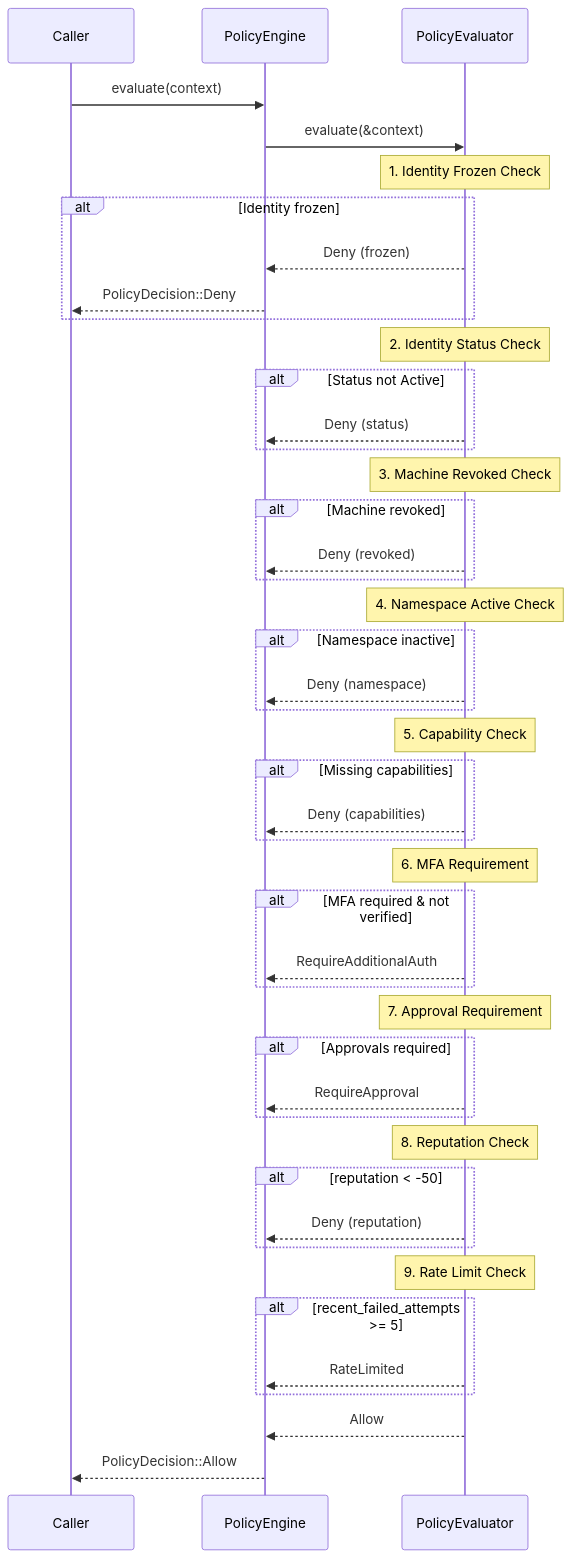
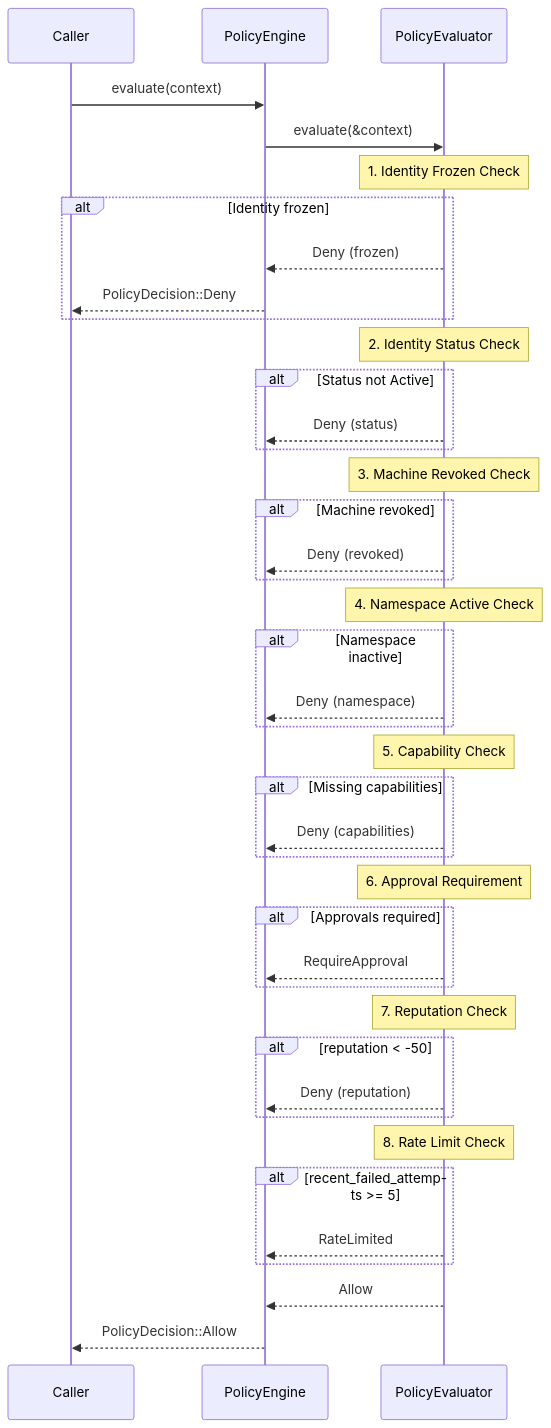
The fourth of 6 diagrams in docs/spec/v0.1.0/03-policy.md (cypher-asi/zero-auth), drawn with Mermaid before and after one commit. The commit also changed other lines of this file and 126 other files, not shown here.

````diff
--- a/docs/spec/v0.1.0/03-policy.md
+++ b/docs/spec/v0.1.0/03-policy.md
@@ -434,58 +423,53 @@
 ```mermaid
 sequenceDiagram
     participant Caller
     participant Engine as PolicyEngine
     participant Evaluator as PolicyEvaluator
     
     Caller->>Engine: evaluate(context)
     Engine->>Evaluator: evaluate(&context)
     
     Note over Evaluator: 1. Identity Frozen Check
     alt Identity frozen
         Evaluator-->>Engine: Deny (frozen)
         Engine-->>Caller: PolicyDecision::Deny
     end
     
     Note over Evaluator: 2. Identity Status Check
     alt Status not Active
         Evaluator-->>Engine: Deny (status)
     end
     
     Note over Evaluator: 3. Machine Revoked Check
     alt Machine revoked
         Evaluator-->>Engine: Deny (revoked)
     end
     
     Note over Evaluator: 4. Namespace Active Check
     alt Namespace inactive
         Evaluator-->>Engine: Deny (namespace)
     end
     
     Note over Evaluator: 5. Capability Check
     alt Missing capabilities
         Evaluator-->>Engine: Deny (capabilities)
     end
     
-    Note over Evaluator: 6. MFA Requirement
-    alt MFA required & not verified
-        Evaluator-->>Engine: RequireAdditionalAuth
-    end
-    
-    Note over Evaluator: 7. Approval Requirement
+    Note over Evaluator: 6. Approval Requirement
     alt Approvals required
         Evaluator-->>Engine: RequireApproval
     end
     
-    Note over Evaluator: 8. Reputation Check
+    Note over Evaluator: 7. Reputation Check
     alt reputation < -50
         Evaluator-->>Engine: Deny (reputation)
     end
     
-    Note over Evaluator: 9. Rate Limit Check
+    Note over Evaluator: 8. Rate Limit Check
     alt recent_failed_attempts >= 5
         Evaluator-->>Engine: RateLimited
     end
     
     Evaluator-->>Engine: Allow
     Engine-->>Caller: PolicyDecision::Allow
 ```
````
